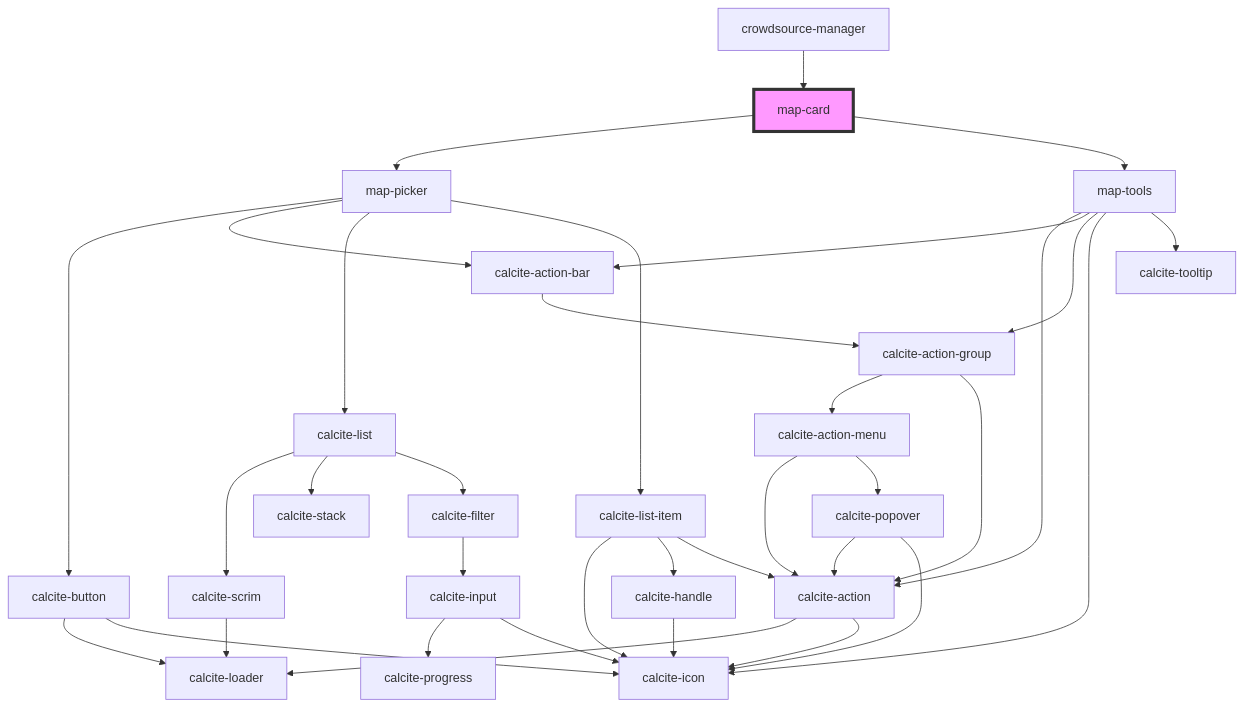
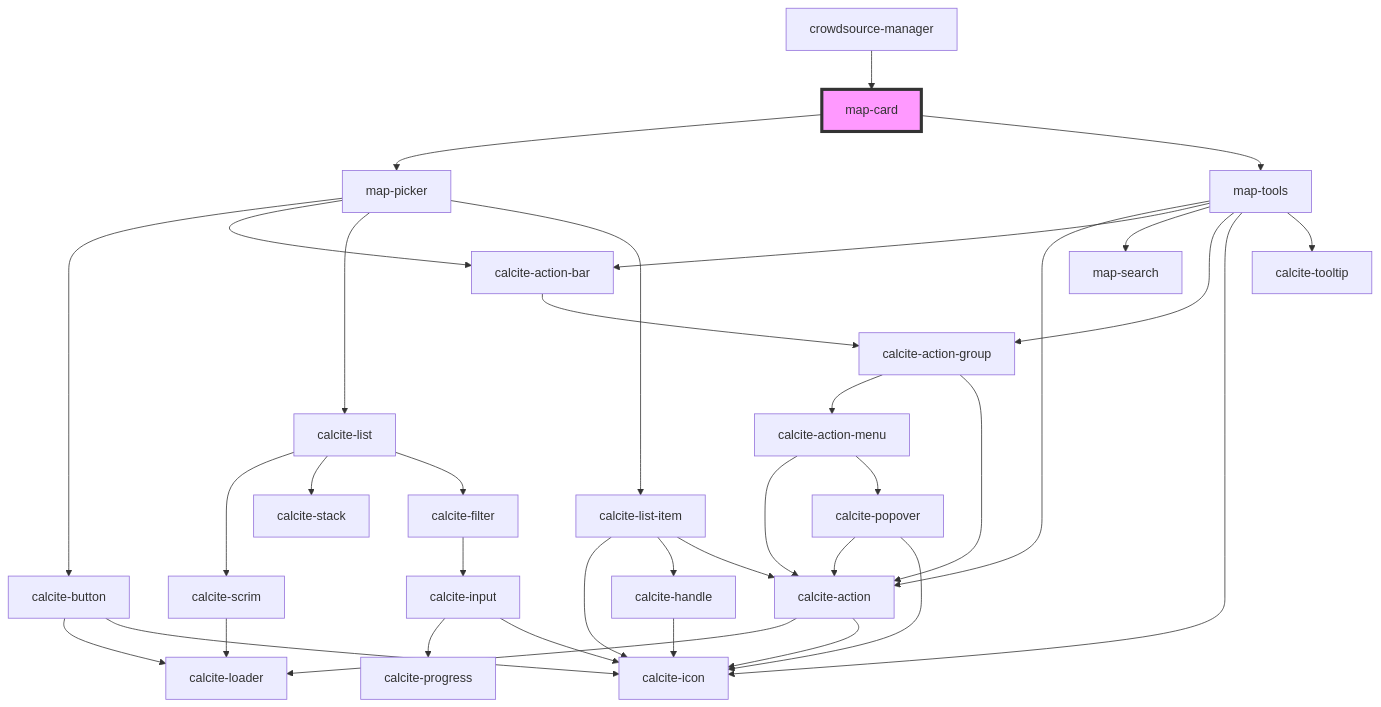
The diagram in src/components/map-card/readme.md (Esri/solutions-components), drawn with Mermaid before and after one commit. The commit also changed other lines of this file and 10 other files, not shown here.

````diff
--- a/src/components/map-card/readme.md
+++ b/src/components/map-card/readme.md
@@ -35,38 +36,39 @@
 ```mermaid
 graph TD;
   map-card --> map-picker
   map-card --> map-tools
   map-picker --> calcite-button
   map-picker --> calcite-action-bar
   map-picker --> calcite-list
   map-picker --> calcite-list-item
   calcite-button --> calcite-loader
   calcite-button --> calcite-icon
   calcite-action-bar --> calcite-action-group
   calcite-action-group --> calcite-action-menu
   calcite-action-group --> calcite-action
   calcite-action-menu --> calcite-action
   calcite-action-menu --> calcite-popover
   calcite-action --> calcite-loader
   calcite-action --> calcite-icon
   calcite-popover --> calcite-action
   calcite-popover --> calcite-icon
   calcite-list --> calcite-scrim
   calcite-list --> calcite-stack
   calcite-list --> calcite-filter
   calcite-scrim --> calcite-loader
   calcite-filter --> calcite-input
   calcite-input --> calcite-progress
   calcite-input --> calcite-icon
   calcite-list-item --> calcite-icon
   calcite-list-item --> calcite-handle
   calcite-list-item --> calcite-action
   calcite-handle --> calcite-icon
   map-tools --> calcite-action
   map-tools --> calcite-action-bar
+  map-tools --> map-search
   map-tools --> calcite-action-group
   map-tools --> calcite-icon
   map-tools --> calcite-tooltip
   crowdsource-manager --> map-card
   style map-card fill:#f9f,stroke:#333,stroke-width:4px
 ```
````
